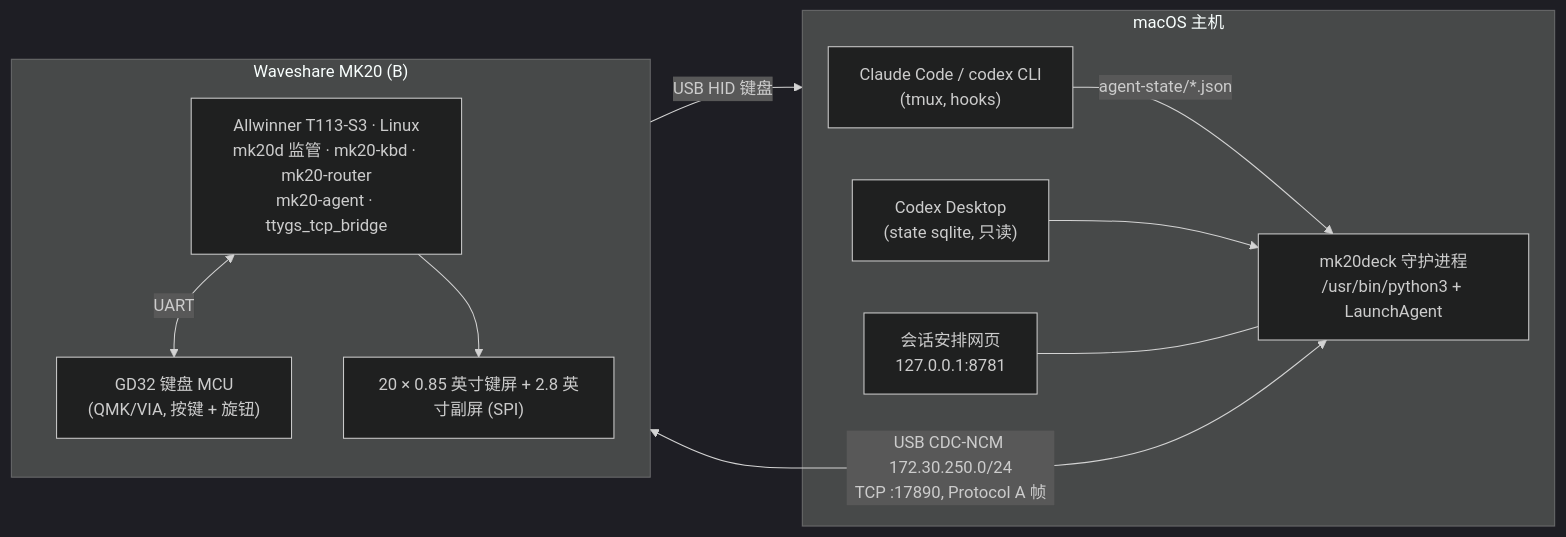
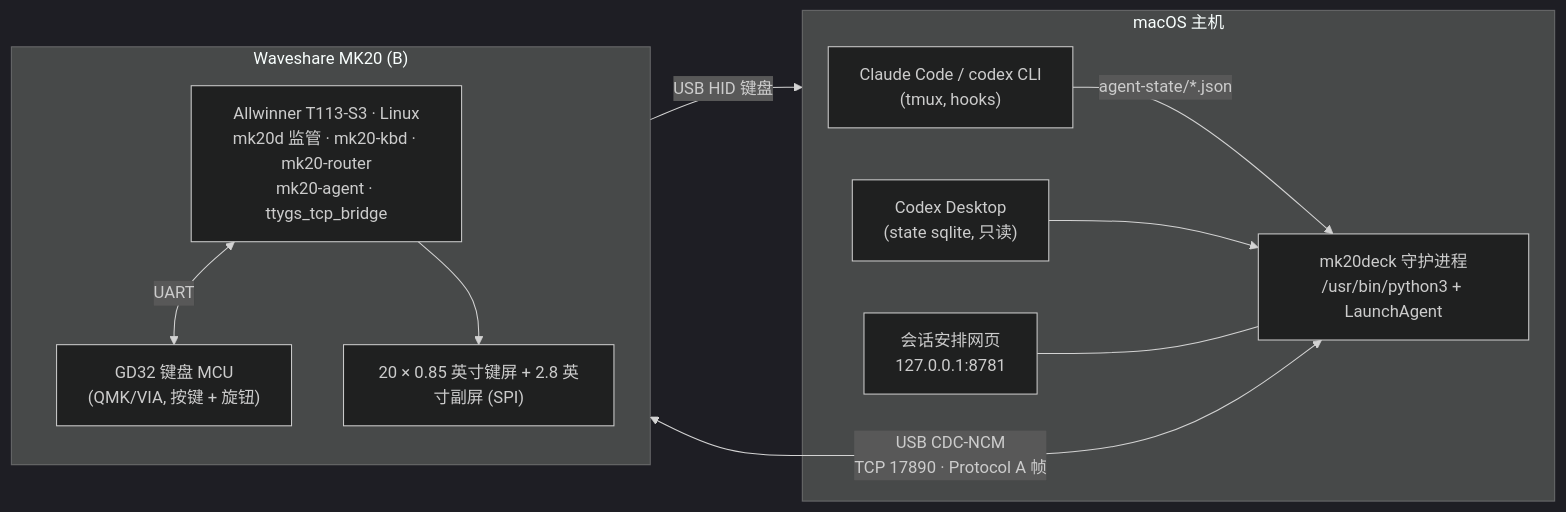
Before and after one commit to lenzhang/mk20-agent-deck: the diagram in README.md, drawn with Mermaid (dark theme). The commit also changed other lines of this file and 5 other files, not shown here.

````diff
--- a/README.md
+++ b/README.md
@@ -41,19 +41,19 @@
 ```mermaid
 flowchart LR
   subgraph Mac["macOS 主机"]
     CC["Claude Code / codex CLI<br/>(tmux, hooks)"] -->|agent-state/*.json| D
     CX["Codex Desktop<br/>(state sqlite, 只读)"] --> D
     D["mk20deck 守护进程<br/>/usr/bin/python3 + LaunchAgent"]
     W["会话安排网页<br/>127.0.0.1:8781"] --- D
   end
   subgraph MK20["Waveshare MK20 (B)"]
     direction TB
     T["Allwinner T113-S3 · Linux<br/>mk20d 监管 · mk20-kbd · mk20-router<br/>mk20-agent · ttygs_tcp_bridge"]
     G["GD32 键盘 MCU<br/>(QMK/VIA, 按键 + 旋钮)"]
     L["20 × 0.85 英寸键屏 + 2.8 英寸副屏 (SPI)"]
     T <-->|UART| G
     T --> L
   end
-  D <-->|"USB CDC-NCM 172.30.250.0/24<br/>TCP :17890, Protocol A 帧"| T
+  D <-->|USB CDC-NCM<br/>TCP 17890 · Protocol A 帧| T
   G -->|USB HID 键盘| Mac
 ```
````
